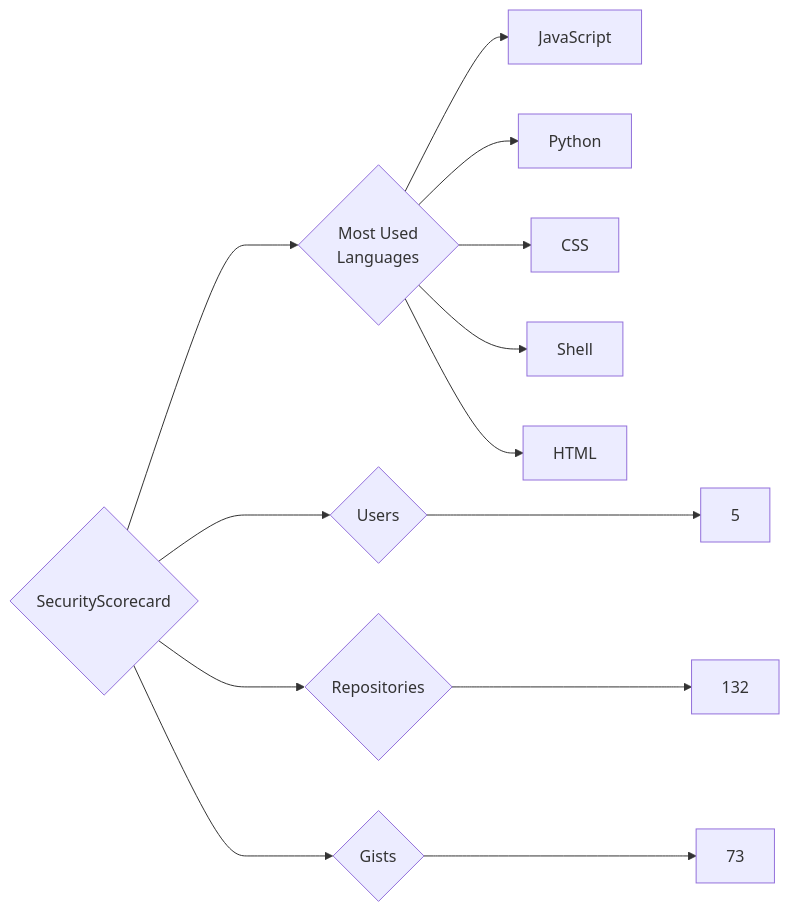
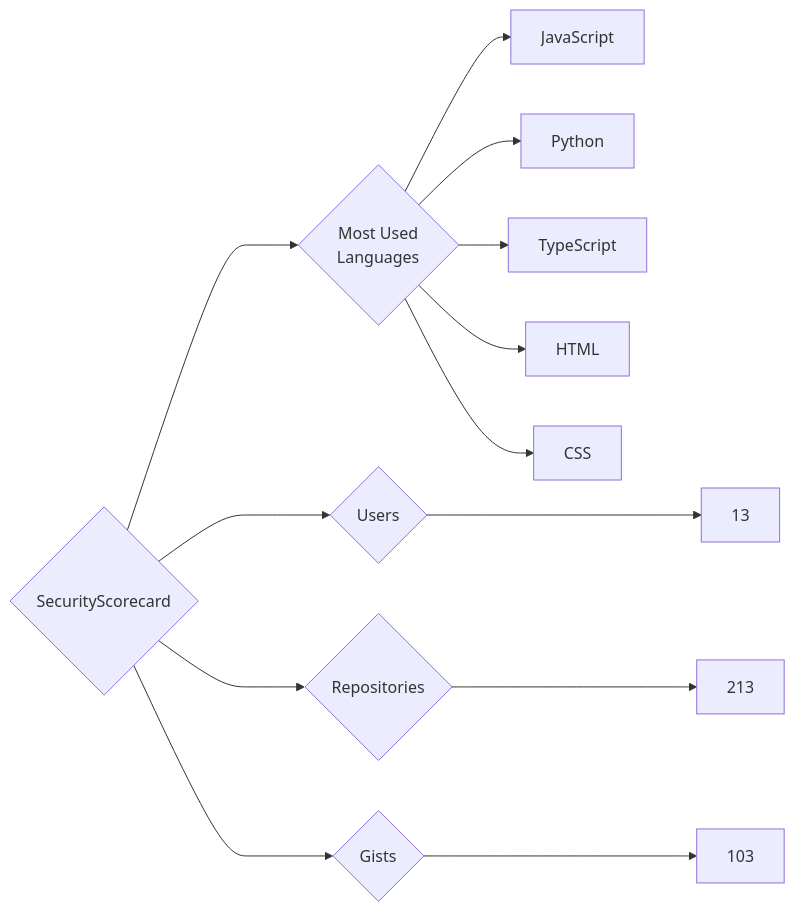
The diagram in targets/SecurityScorecard/README.md (trickest/insiders), drawn with Mermaid before and after one commit. The commit also changed 728 other files, not shown here.

````diff
--- a/targets/SecurityScorecard/README.md
+++ b/targets/SecurityScorecard/README.md
@@ -3,13 +3,13 @@
 ```mermaid
 graph LR
 COMPANY_NAME{SecurityScorecard}
-COMPANY_NAME ---> U{Users} ---> UN[5]
-COMPANY_NAME ---> R{Repositories} ---> RN[132]
-COMPANY_NAME ---> G{Gists} ---> GN[73]
+COMPANY_NAME ---> U{Users} ---> UN[13]
+COMPANY_NAME ---> R{Repositories} ---> RN[213]
+COMPANY_NAME ---> G{Gists} ---> GN[103]
 COMPANY_NAME ---> ML{Most Used<br>Languages}
 ML --> JavaScript[JavaScript]
 ML --> Python[Python]
+ML --> TypeScript[TypeScript]
+ML --> HTML[HTML]
 ML --> CSS[CSS]
-ML --> Shell[Shell]
-ML --> HTML[HTML]
 ```
````
